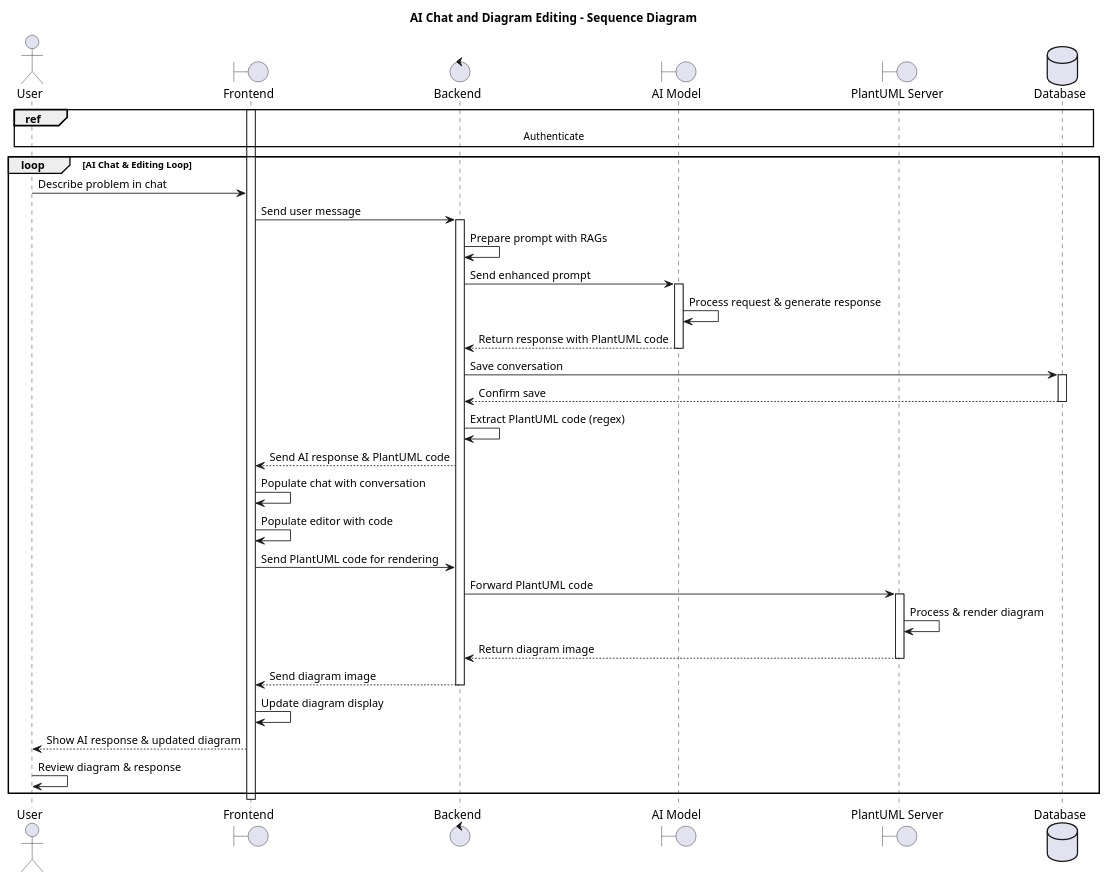
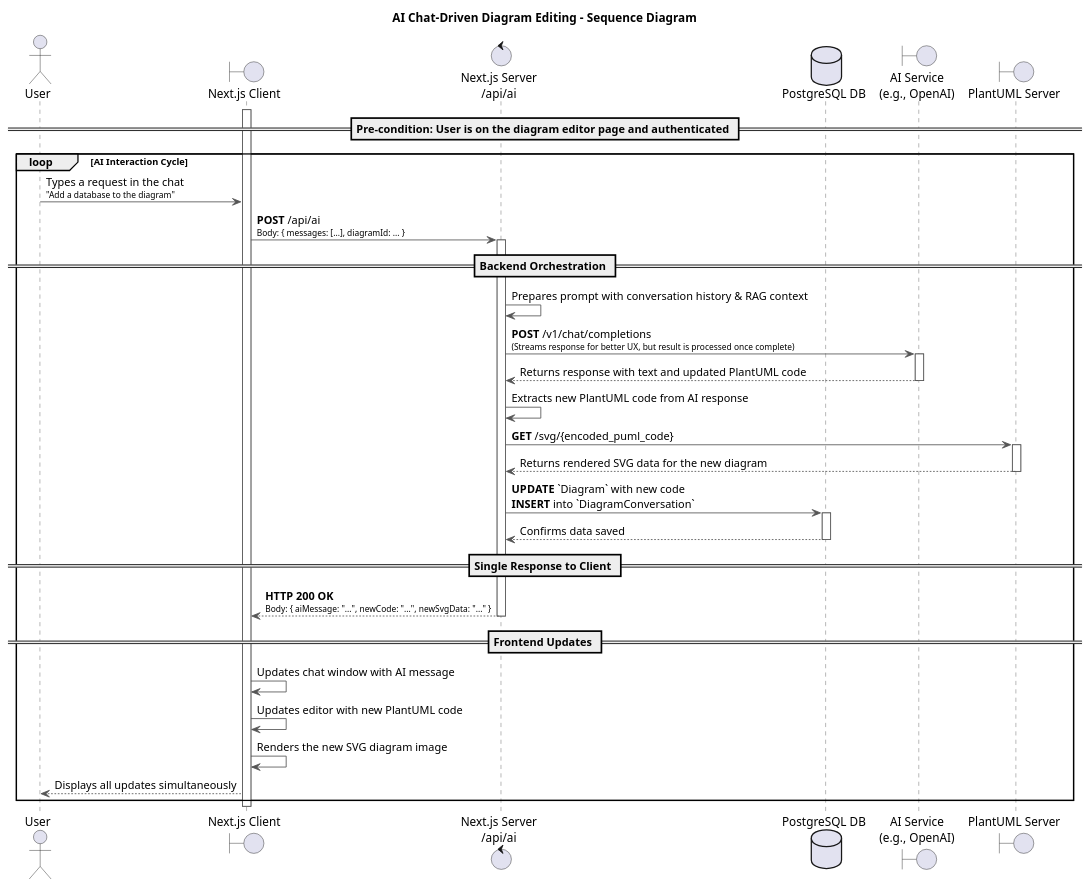
Before and after one commit to souhaib-askri/report_pfe: the diagram in conception/SprintIV/sequence_diagrams/sequence_workspaceManagement_5_3_ChatWithAIMode.puml, drawn with PlantUML. The commit also changed 32 other files, not shown here.

Commit message:
update sequence diagram

```diff
--- a/conception/SprintIV/sequence_diagrams/sequence_workspaceManagement_5_3_ChatWithAIMode.puml
+++ b/conception/SprintIV/sequence_diagrams/sequence_workspaceManagement_5_3_ChatWithAIMode.puml
@@ -1,59 +1,59 @@
 @startuml
-title AI Chat and Diagram Editing - Sequence Diagram
+title AI Chat-Driven Diagram Editing - Sequence Diagram
 
 actor User
-boundary Frontend
-control Backend
-boundary "AI Model" as AI
+boundary "Next.js Client" as Client
+control "Next.js Server\n/api/ai" as Server
+database "PostgreSQL DB" as DB
+boundary "AI Service\n(e.g., OpenAI)" as AIService
 boundary "PlantUML Server" as PlantUML
-database Database
 
-ref over User, Database: Authenticate
+skinparam sequence {
+    ArrowColor #555
+    ActorBorderColor #555
+    LifeLineBorderColor #555
+    ParticipantBorderColor #007bff
+    DatabaseBorderColor #d9534f
+    ControlBorderColor #5cb85c
+    BoundaryBorderColor #f0ad4e
+}
 
-activate Frontend
+== Pre-condition: User is on the diagram editor page and authenticated ==
 
-loop AI Chat & Editing Loop
-    User -> Frontend: Describe problem in chat
-    
-    Frontend -> Backend: Send user message
-    activate Backend
-    
-    Backend -> Backend: Prepare prompt with RAGs
-    Backend -> AI: Send enhanced prompt
-    activate AI
-    
-    AI -> AI: Process request & generate response
-    AI --> Backend: Return response with PlantUML code
-    deactivate AI
-    
-    Backend -> Database: Save conversation
-    activate Database
-    Database --> Backend: Confirm save
-    deactivate Database
-    
-    Backend -> Backend: Extract PlantUML code (regex)
-    
-    Backend --> Frontend: Send AI response & PlantUML code
-    Frontend -> Frontend: Populate chat with conversation
-    Frontend -> Frontend: Populate editor with code
-    
-    Frontend -> Backend: Send PlantUML code for rendering
-    Backend -> PlantUML: Forward PlantUML code
+activate Client
+loop AI Interaction Cycle
+    User -> Client: Types a request in the chat\n<font size=10>"Add a database to the diagram"</font>
+    Client -> Server: **POST** /api/ai\n<font size=10>Body: { messages: [...], diagramId: ... }</font>
+    activate Server
+
+    == Backend Orchestration ==
+    Server -> Server: Prepares prompt with conversation history & RAG context
+    Server -> AIService: **POST** /v1/chat/completions\n<font size=10>(Streams response for better UX, but result is processed once complete)</font>
+    activate AIService
+    AIService --> Server: Returns response with text and updated PlantUML code
+    deactivate AIService
+
+    Server -> Server: Extracts new PlantUML code from AI response
+    Server -> PlantUML: **GET** /svg/{encoded_puml_code}
     activate PlantUML
-    
-    PlantUML -> PlantUML: Process & render diagram
-    PlantUML --> Backend: Return diagram image
+    PlantUML --> Server: Returns rendered SVG data for the new diagram
     deactivate PlantUML
-    
-    Backend --> Frontend: Send diagram image
-    deactivate Backend
-    
-    Frontend -> Frontend: Update diagram display
-    Frontend --> User: Show AI response & updated diagram
-    
-    User -> User: Review diagram & response
+
+    Server -> DB: **UPDATE** `Diagram` with new code\n**INSERT** into `DiagramConversation`
+    activate DB
+    DB --> Server: Confirms data saved
+    deactivate DB
+
+    == Single Response to Client ==
+    Server --> Client: **HTTP 200 OK**\n<font size=10>Body: { aiMessage: "...", newCode: "...", newSvgData: "..." }</font>
+    deactivate Server
+
+    == Frontend Updates ==
+    Client -> Client: Updates chat window with AI message
+    Client -> Client: Updates editor with new PlantUML code
+    Client -> Client: Renders the new SVG diagram image
+    Client --> User: Displays all updates simultaneously
 end
-
-deactivate Frontend
+deactivate Client
 
 @enduml
```
